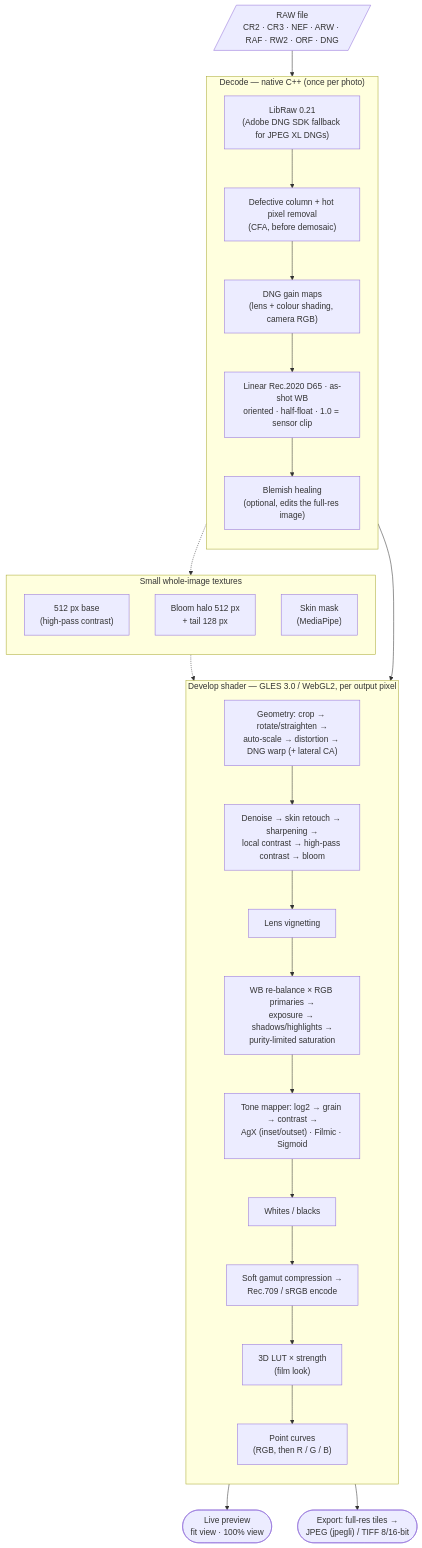
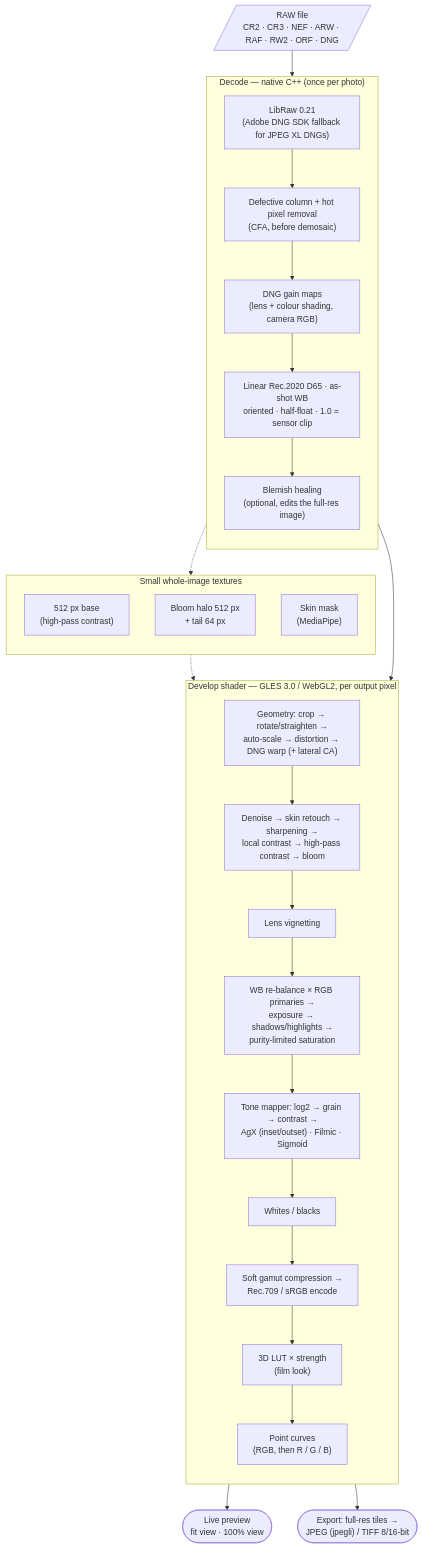
The diagram in docs/pipeline.md (lexusag/RawBoy), drawn with Mermaid before and after one commit. The commit also changed 12 other files, not shown here.

First line of the commit message:
Bloom: round, soft kernels and a wider tail

````diff
--- a/docs/pipeline.md
+++ b/docs/pipeline.md
@@ -3,43 +3,43 @@
 ```mermaid
 flowchart TD
     raw[/"RAW file<br/>CR2 · CR3 · NEF · ARW · RAF · RW2 · ORF · DNG"/]
 
     subgraph CPU["Decode — native C++ (once per photo)"]
         direction TB
         dec["LibRaw 0.21<br/>(Adobe DNG SDK fallback for JPEG XL DNGs)"]
         hot["Defective column + hot pixel removal<br/>(CFA, before demosaic)"]
         gain["DNG gain maps<br/>(lens + colour shading, camera RGB)"]
         lin["Linear Rec.2020 D65 · as-shot WB<br/>oriented · half-float · 1.0 = sensor clip"]
         blem["Blemish healing<br/>(optional, edits the full-res image)"]
         dec --> hot --> gain --> lin --> blem
     end
 
     subgraph AUX["Small whole-image textures"]
         direction TB
         base["512 px base<br/>(high-pass contrast)"]
-        bloomTex["Bloom halo 512 px<br/>+ tail 128 px"]
+        bloomTex["Bloom halo 512 px<br/>+ tail 64 px"]
         skin["Skin mask<br/>(MediaPipe)"]
     end
 
     subgraph GPU["Develop shader — GLES 3.0 / WebGL2, per output pixel"]
         direction TB
         geo["Geometry: crop → rotate/straighten →<br/>auto-scale → distortion → DNG warp (+ lateral CA)"]
         spatial["Denoise → skin retouch → sharpening →<br/>local contrast → high-pass contrast → bloom"]
         vig["Lens vignetting"]
         light["WB re-balance × RGB primaries →<br/>exposure → shadows/highlights →<br/>purity-limited saturation"]
         agx["Tone mapper: log2 → grain → contrast →<br/>AgX (inset/outset) · Filmic · Sigmoid"]
         levels["Whites / blacks"]
         disp["Soft gamut compression →<br/>Rec.709 / sRGB encode"]
         lut["3D LUT × strength<br/>(film look)"]
         curves["Point curves<br/>(RGB, then R / G / B)"]
         geo --> spatial --> vig --> light --> agx --> levels --> disp --> lut --> curves
     end
 
     raw --> dec
     blem --> geo
     blem -.-> AUX
     AUX -.-> spatial
 
     curves --> preview(["Live preview<br/>fit view · 100% view"])
     curves --> export(["Export: full-res tiles →<br/>JPEG (jpegli) / TIFF 8/16-bit"])
 ```
````
